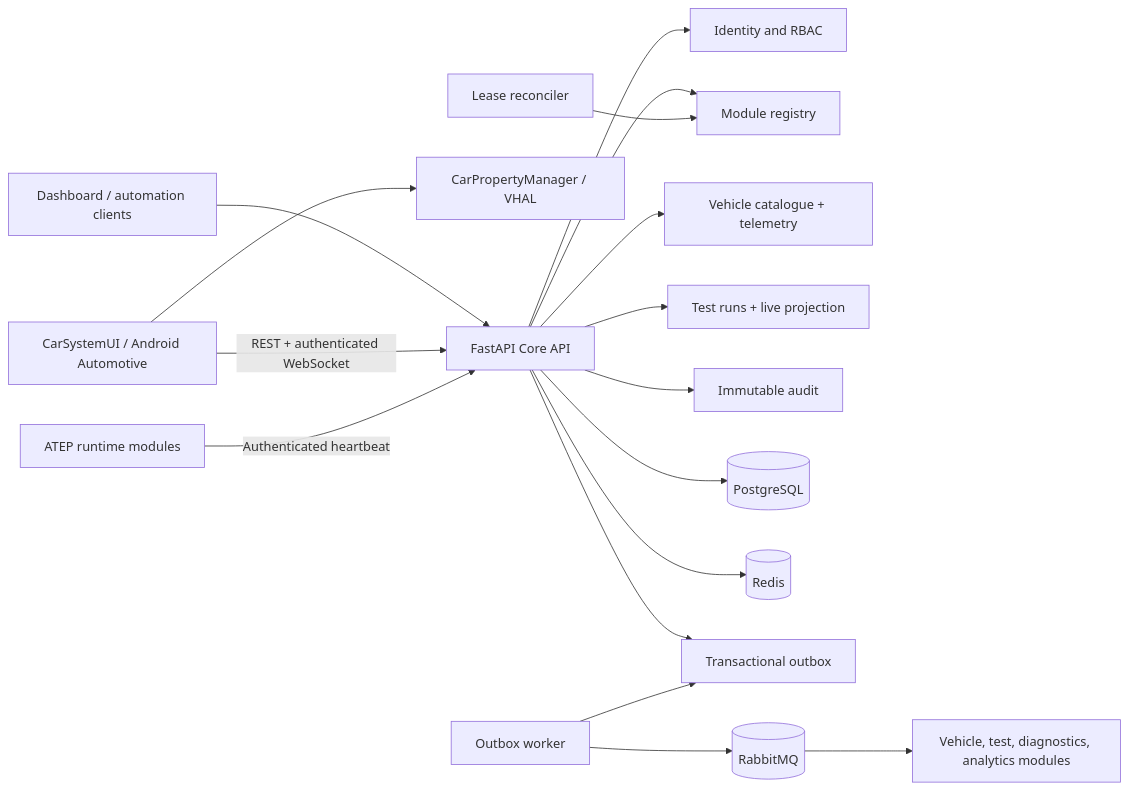
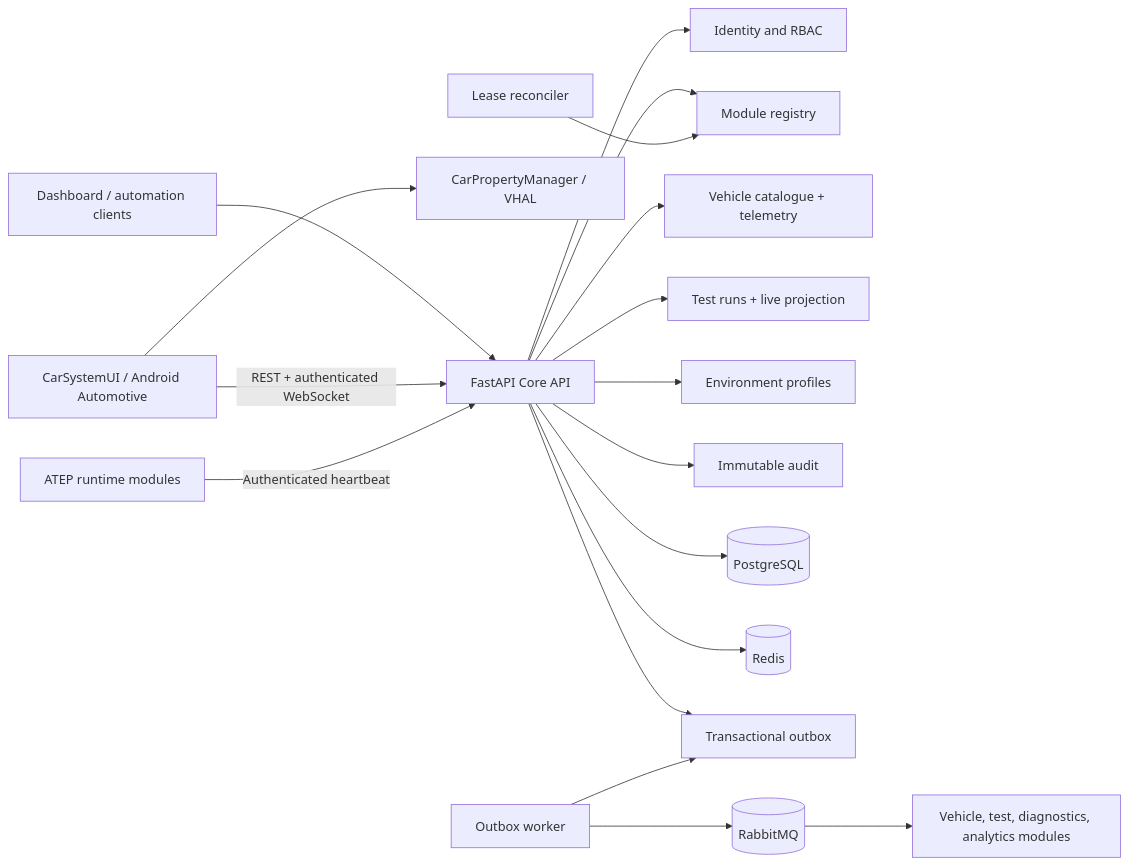
One commit to paulacristinaqa/automotive_test_engineering_platform changed the first of 2 diagrams in README.md. Above: the diagram before and after it, drawn with Mermaid. The commit also changed other lines of this file and 19 other files, not shown here.

Commit message:
feat: add reproducible environment profiles

````diff
--- a/README.md
+++ b/README.md
@@ -68,19 +69,20 @@
 ```mermaid
 flowchart LR
     Client["Dashboard / automation clients"] --> API["FastAPI Core API"]
     Cockpit["CarSystemUI / Android Automotive"] -->|"REST + authenticated WebSocket"| API
     Cockpit --> CarAPI["CarPropertyManager / VHAL"]
     Module["ATEP runtime modules"] -->|"Authenticated heartbeat"| API
     API --> Identity["Identity and RBAC"]
     API --> Registry["Module registry"]
     API --> Vehicles["Vehicle catalogue + telemetry"]
     API --> TestRuns["Test runs + live projection"]
+    API --> Profiles["Environment profiles"]
     API --> Audit["Immutable audit"]
     API --> PG[(PostgreSQL)]
     API --> Redis[(Redis)]
     API --> Outbox["Transactional outbox"]
     Reconciler["Lease reconciler"] --> Registry
     Worker["Outbox worker"] --> Outbox
     Worker --> MQ[(RabbitMQ)]
     MQ --> Consumers["Vehicle, test, diagnostics, analytics modules"]
 ```
````
